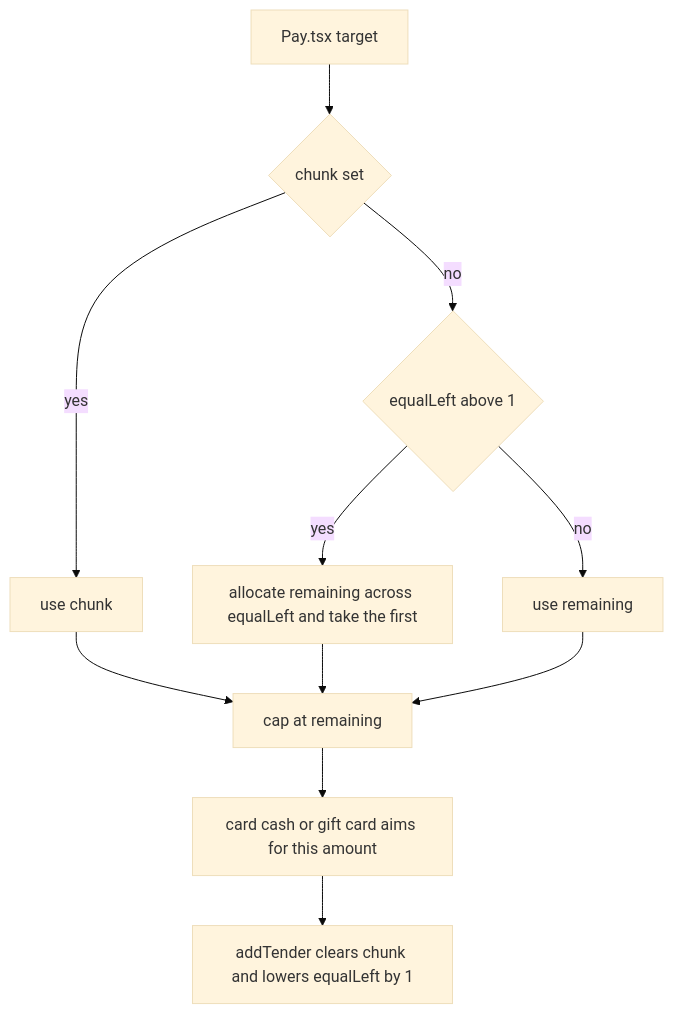
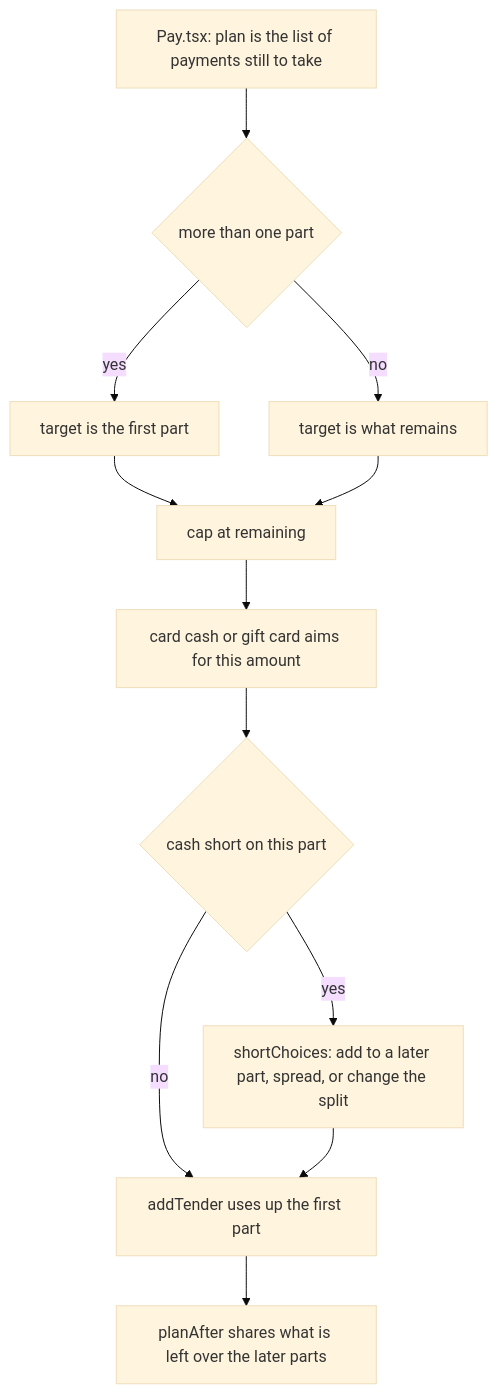
The diagram in help/pay/split-and-part.md (Kousei-Uchu/aidens3dp-pos), drawn with Mermaid (base theme) before and after one commit. The commit also changed other lines of this file and 34 other files, not shown here.

````diff
--- a/help/pay/split-and-part.md
+++ b/help/pay/split-and-part.md
@@ -70,13 +77,14 @@
 ```mermaid
 flowchart TD
-  A[Pay.tsx target] --> B{chunk set}
-  B -->|yes| C[use chunk]
-  B -->|no| D{equalLeft above 1}
-  D -->|yes| E[allocate remaining across equalLeft and take the first]
-  D -->|no| F[use remaining]
-  C --> G[cap at remaining]
-  E --> G
-  F --> G
-  G --> H[card cash or gift card aims for this amount]
-  H --> I[addTender clears chunk and lowers equalLeft by 1]
+  A[Pay.tsx: plan is the list of payments still to take] --> B{more than one part}
+  B -->|yes| C[target is the first part]
+  B -->|no| D[target is what remains]
+  C --> E[cap at remaining]
+  D --> E
+  E --> F[card cash or gift card aims for this amount]
+  F --> G{cash short on this part}
+  G -->|yes| H[shortChoices: add to a later part, spread, or change the split]
+  G -->|no| I[addTender uses up the first part]
+  H --> I
+  I --> J[planAfter shares what is left over the later parts]
 ```
````
